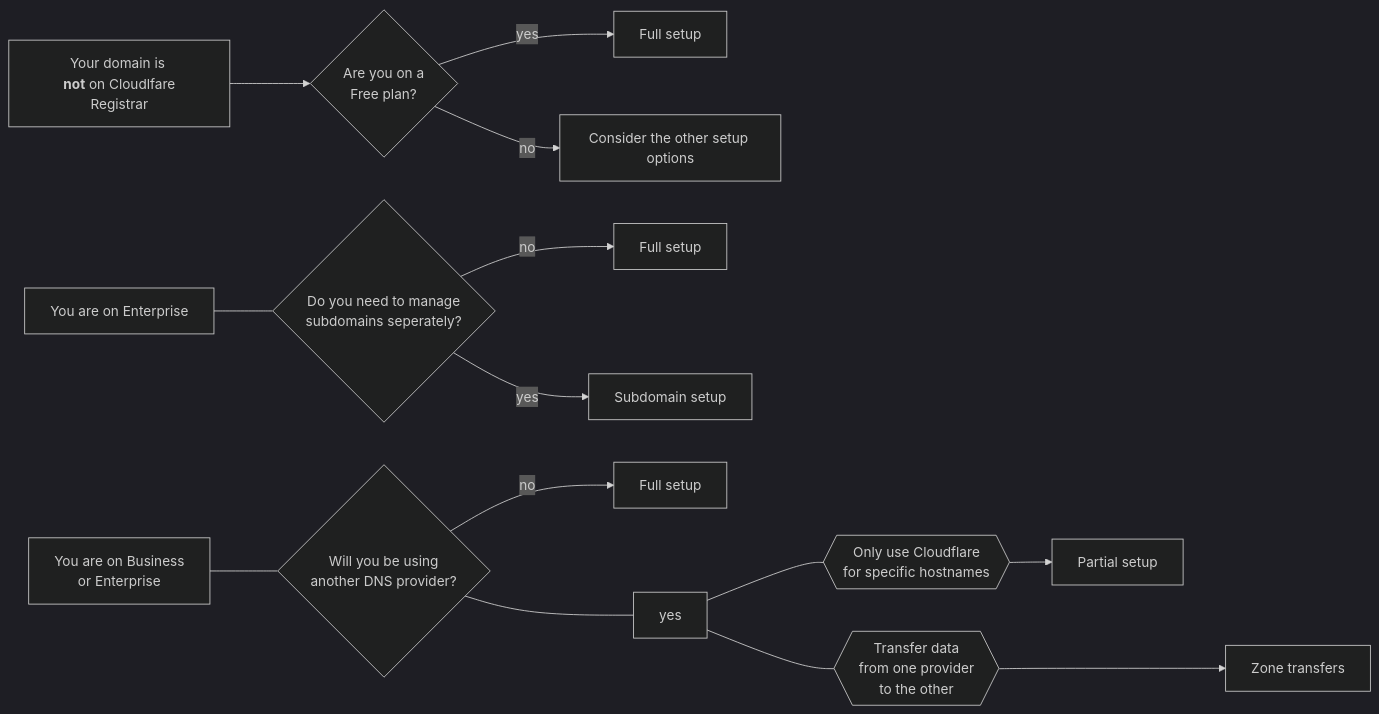
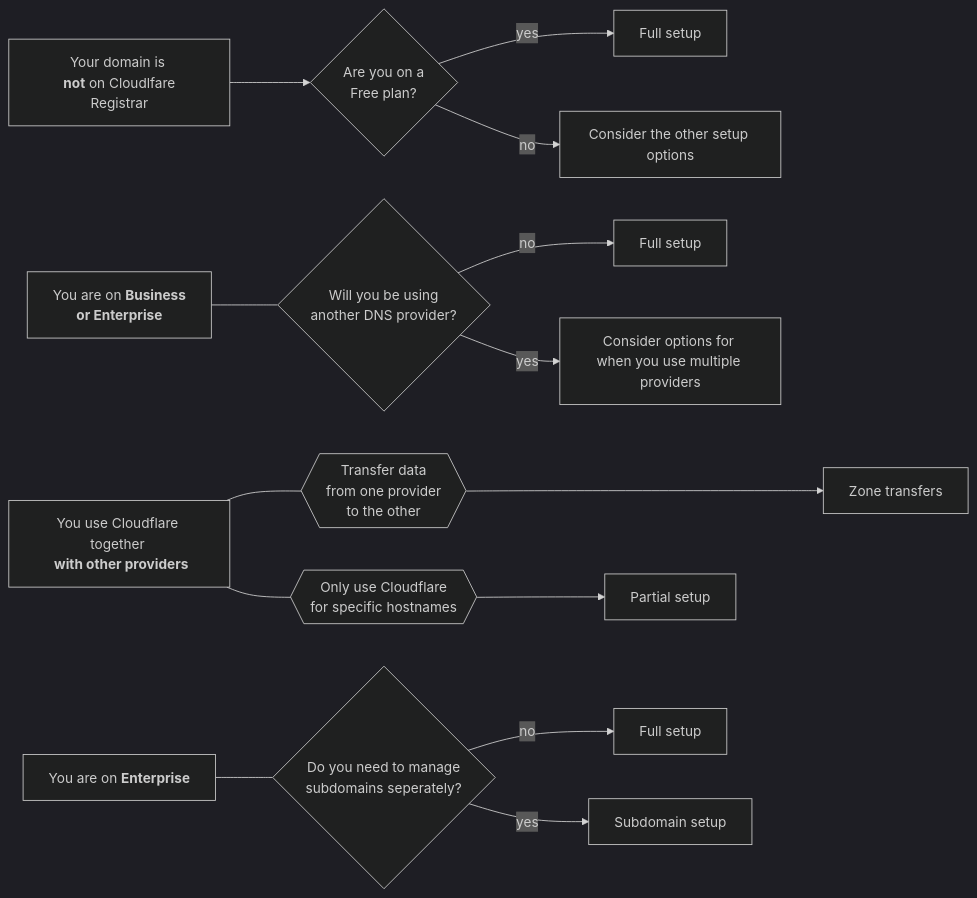
The diagram in content/dns/zone-setups/_index.md (cloudflare/cloudflare-docs), drawn with Mermaid (dark theme) before and after one commit.

Commit message:
Reorder and bold specific starting points

````diff
--- a/content/dns/zone-setups/_index.md
+++ b/content/dns/zone-setups/_index.md
@@ -22,35 +22,36 @@
 ```mermaid
 flowchart LR
 A[Your domain is <br /> <strong>not</strong> on Cloudlfare Registrar]
 Q1{Are you on a <br /> Free plan?}
 B[Full setup]
 C[Consider the other setup options]
 
 A --> Q1
 Q1 -- yes --> B
 Q1 -- no --> C
 
-A1[You are on Enterprise]
+A2[You are on <strong>Business <br /> or Enterprise</strong>]
+
+A2 --- Q2
+Q2{Will you be using <br /> another DNS provider?}
+Q2 -- no --> B2[Full setup]
+Q2 -- yes --> H[Consider options for when you use multiple providers]
+
+I[You use Cloudflare together <br /> <strong>with other providers</strong>]
+
+Q3{{Transfer data <br /> from one provider <br /> to the other}}
+Q4{{Only use Cloudflare <br /> for specific hostnames}} --> F
+F[Partial setup]
+
+I --- Q3
+I --- Q4
+Q3 ---> G
+G[Zone transfers]
+
+A1[You are on <strong>Enterprise</strong>]
 Q5{Do you need to manage <br /> subdomains seperately?}
 
 A1 --- Q5
 Q5 -- no --> B1[Full setup]
 Q5 -- yes --> E[Subdomain setup]
-
-A2[You are on Business <br /> or Enterprise]
-
-A2 --- Q2
-Q2{Will you be using <br /> another DNS provider?}
-F[Partial setup]
-
-Q3{{Transfer data <br /> from one provider <br /> to the other}}
-Q4{{Only use Cloudflare <br /> for specific hostnames}} --> F
-
-
-G[Zone transfers]
-Q2 -- no --> B2[Full setup]
-Q2 --- I[yes]
-I --- Q3
-Q3 ---> G
-I --- Q4
 ```
````
